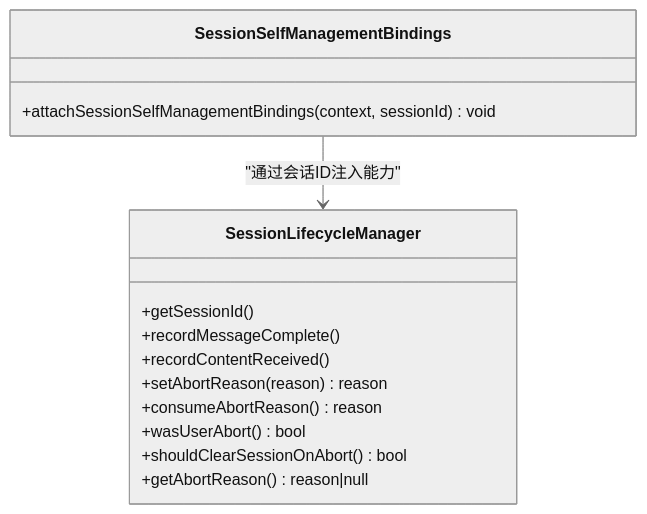
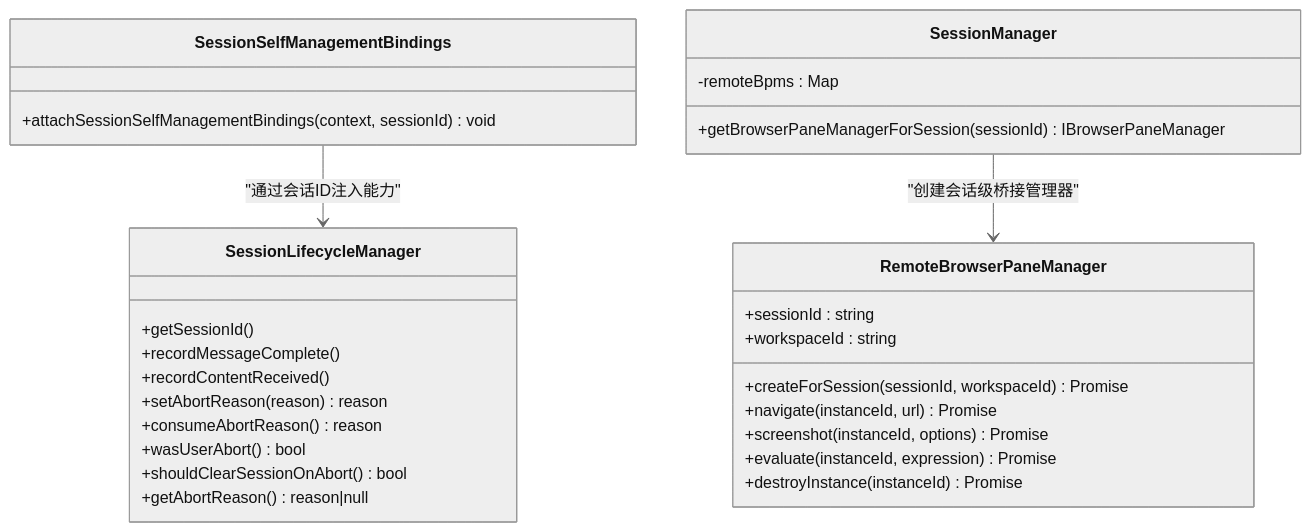
One commit to haolange/craft-agents-oss changed the fourth of 11 diagrams in .qoder/repowiki/zh/content/服务器架构/服务器核心/服务器核心.md. Above: the diagram before and after it, drawn with Mermaid (neutral theme). The commit also changed other lines of this file and 5 other files, not shown here.

````diff
--- a/.qoder/repowiki/zh/content/服务器架构/服务器核心/服务器核心.md
+++ b/.qoder/repowiki/zh/content/服务器架构/服务器核心/服务器核心.md
@@ -175,17 +207,31 @@
 ```mermaid
 classDiagram
 class SessionLifecycleManager {
 +getSessionId()
 +recordMessageComplete()
 +recordContentReceived()
 +setAbortReason(reason) reason
 +consumeAbortReason() reason
 +wasUserAbort() bool
 +shouldClearSessionOnAbort() bool
 +getAbortReason() reason|null
 }
 class SessionSelfManagementBindings {
 +attachSessionSelfManagementBindings(context, sessionId) void
 }
+class RemoteBrowserPaneManager {
++sessionId : string
++workspaceId : string
++createForSession(sessionId, workspaceId) Promise<string>
++navigate(instanceId, url) Promise<void>
++screenshot(instanceId, options) Promise<Buffer>
++evaluate(instanceId, expression) Promise<unknown>
++destroyInstance(instanceId) Promise<void>
+}
+class SessionManager {
++getBrowserPaneManagerForSession(sessionId) IBrowserPaneManager
+-remoteBpms : Map<string, RemoteBrowserPaneManager>
+}
 SessionSelfManagementBindings --> SessionLifecycleManager : "通过会话ID注入能力"
+SessionManager --> RemoteBrowserPaneManager : "创建会话级桥接管理器"
 ```
````
